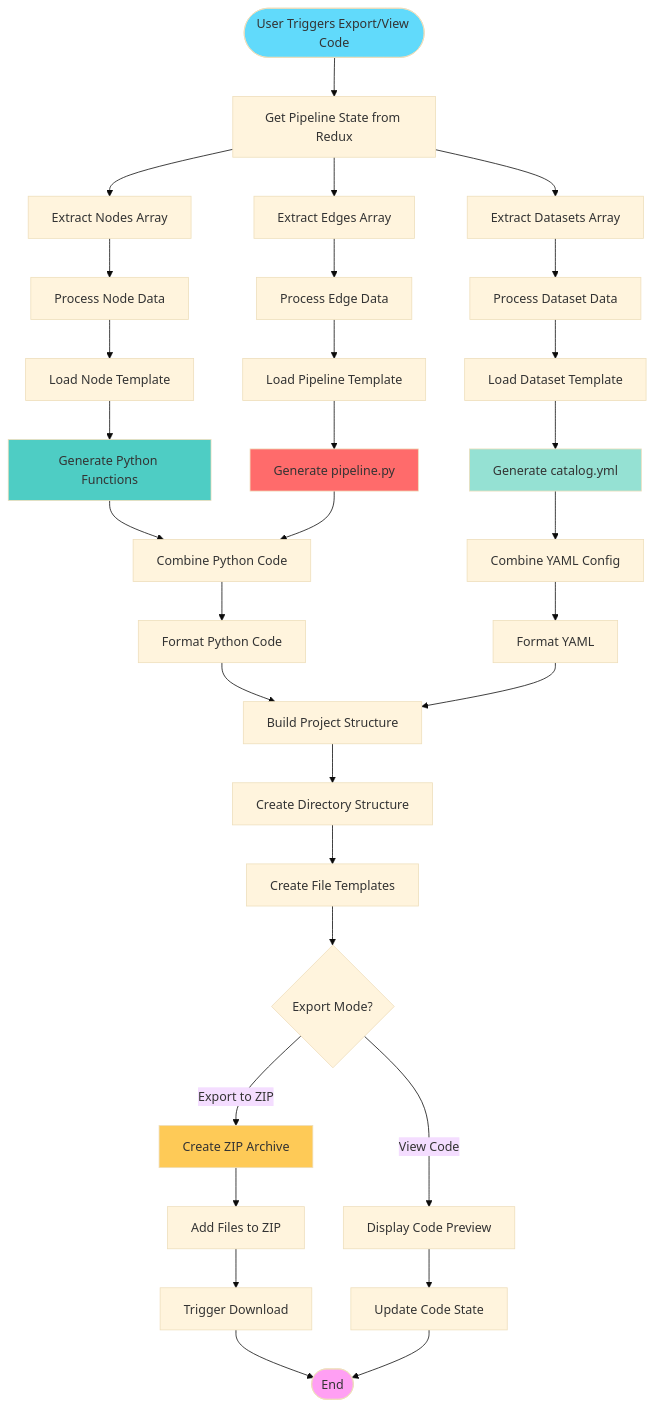
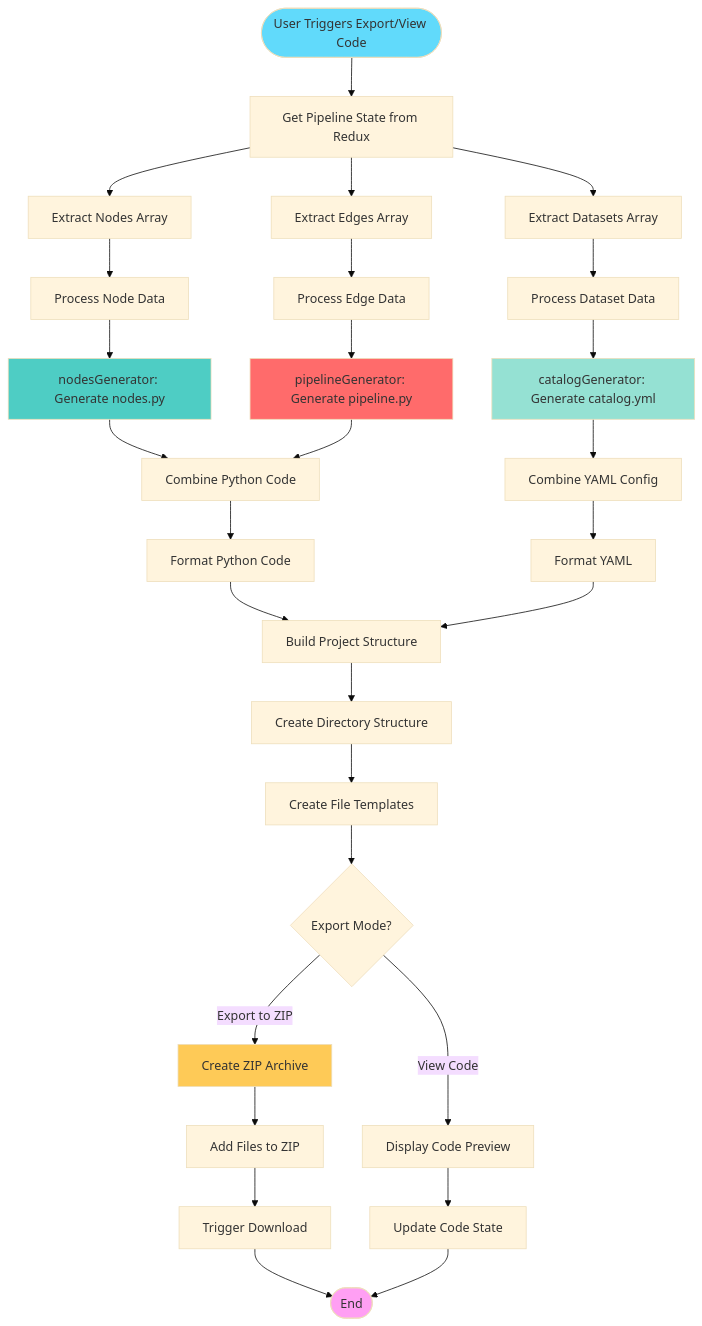
One commit to kedro-org/kedro-builder changed the fourth of 4 diagrams in PROJECT_ARCHITECTURE.md. Above: the diagram before and after it, drawn with Mermaid (base theme). The commit also changed other lines of this file and 5 other files, not shown here.

````diff
--- a/PROJECT_ARCHITECTURE.md
+++ b/PROJECT_ARCHITECTURE.md
@@ -219,52 +220,49 @@
 ```mermaid
 flowchart TD
     Start([User Triggers Export/View Code]) --> GetState[Get Pipeline State from Redux]
     
     GetState --> ExtractNodes[Extract Nodes Array]
     GetState --> ExtractDatasets[Extract Datasets Array]
     GetState --> ExtractEdges[Extract Edges Array]
     
     ExtractNodes --> ProcessNodes[Process Node Data]
-    ProcessNodes --> NodeTemplate[Load Node Template]
-    NodeTemplate --> GenerateFunctions[Generate Python Functions]
-    
+    ProcessNodes --> GenerateFunctions[nodesGenerator: Generate nodes.py]
+
     ExtractDatasets --> ProcessDatasets[Process Dataset Data]
-    ProcessDatasets --> DatasetTemplate[Load Dataset Template]
-    DatasetTemplate --> GenerateCatalog[Generate catalog.yml]
-    
+    ProcessDatasets --> GenerateCatalog[catalogGenerator: Generate catalog.yml]
+
     ExtractEdges --> ProcessEdges[Process Edge Data]
-    ProcessEdges --> PipelineTemplate[Load Pipeline Template]
-    PipelineTemplate --> GeneratePipeline[Generate pipeline.py]
+    ProcessEdges --> GeneratePipeline[pipelineGenerator: Generate pipeline.py]
     
     GenerateFunctions --> CombineCode[Combine Python Code]
     GenerateCatalog --> CombineYAML[Combine YAML Config]
     GeneratePipeline --> CombineCode
     
     CombineCode --> FormatCode[Format Python Code]
     CombineYAML --> FormatYAML[Format YAML]
     
     FormatCode --> BuildProject[Build Project Structure]
     FormatYAML --> BuildProject
     
     BuildProject --> CreateStructure[Create Directory Structure]
     CreateStructure --> CreateFiles[Create File Templates]
     
     CreateFiles --> GenerateZIP{Export Mode?}
     
     GenerateZIP -->|Export to ZIP| CreateZIPFile[Create ZIP Archive]
     GenerateZIP -->|View Code| DisplayCode[Display Code Preview]
     
     CreateZIPFile --> AddFiles[Add Files to ZIP]
     AddFiles --> DownloadFile[Trigger Download]
     
     DisplayCode --> UpdateStore[Update Code State]
     DownloadFile --> End([End])
     UpdateStore --> End
     
     style Start fill:#61dafb
     style GenerateFunctions fill:#4ecdc4
     style GenerateCatalog fill:#95e1d3
     style GeneratePipeline fill:#ff6b6b
     style CreateZIPFile fill:#feca57
     style End fill:#ff9ff3
 ```
````
